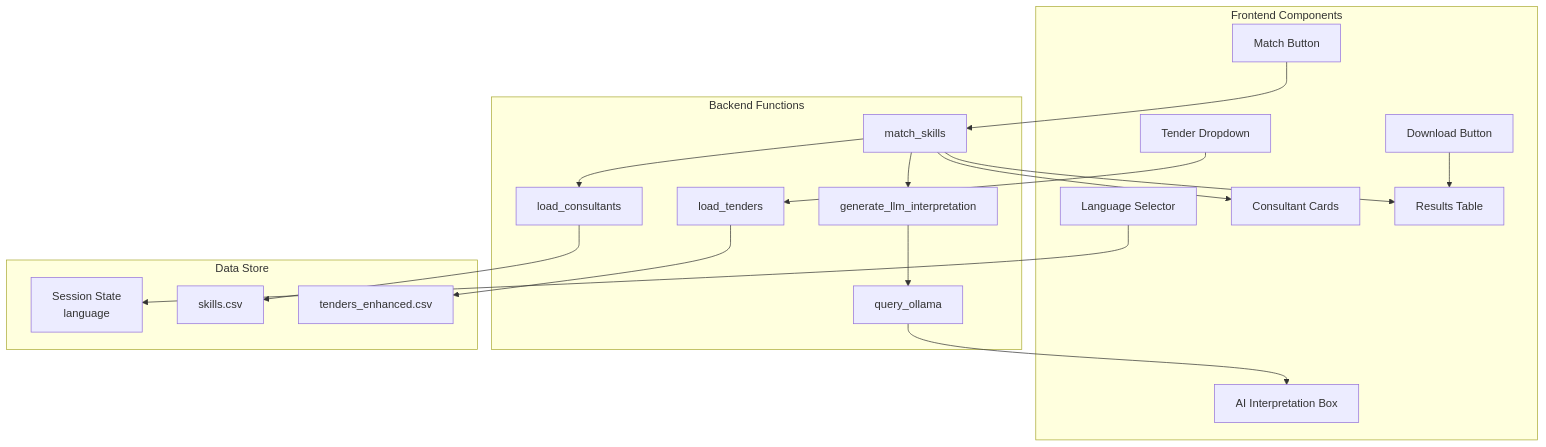
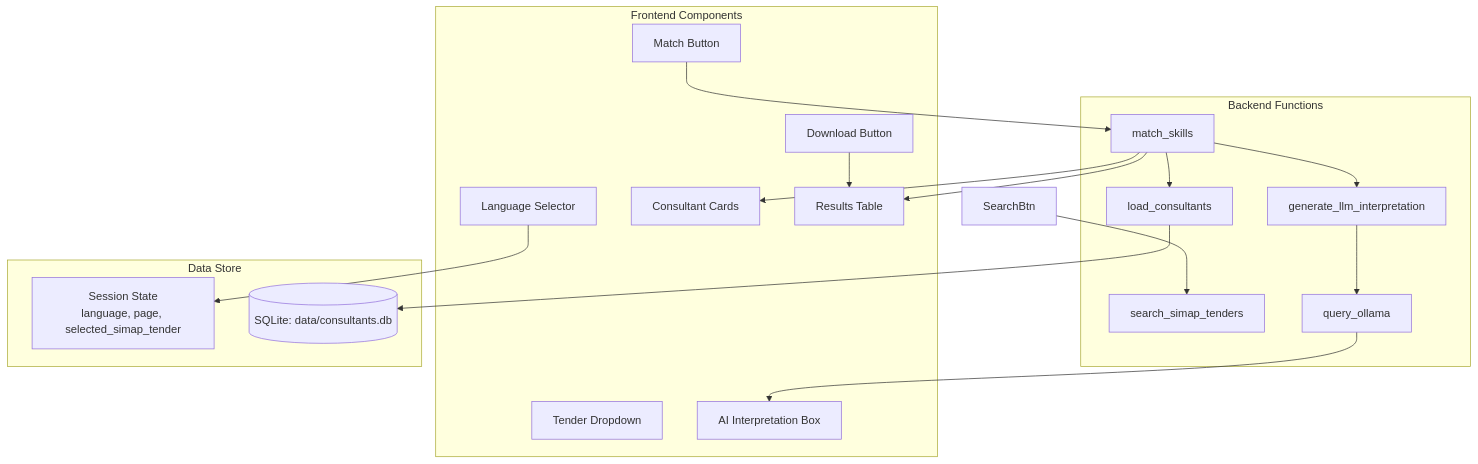
One commit to aicoreml/Skill-Matrix-Match-Simap-Tenders changed the seventh of 10 diagrams in FLOWCHART.md. Above: the diagram before and after it, drawn with Mermaid. The commit also changed other lines of this file and 3 other files, not shown here.

````diff
--- a/FLOWCHART.md
+++ b/FLOWCHART.md
@@ -255,39 +255,37 @@
 ```mermaid
 graph TB
     subgraph "Frontend Components"
         UI[Language Selector]
         DD[Tender Dropdown]
         MB[Match Button]
         CC[Consultant Cards]
         RT[Results Table]
         AI[AI Interpretation Box]
         DB[Download Button]
     end
     
     subgraph "Backend Functions"
         LC[load_consultants]
-        LT[load_tenders]
+        SF[search_simap_tenders]
         MS[match_skills]
         GLM[generate_llm_interpretation]
         QO[query_ollama]
     end
     
     subgraph "Data Store"
-        SC[Session State<br/>language]
-        CSV1[skills.csv]
-        CSV2[tenders_enhanced.csv]
+        SC[Session State<br/>language, page, selected_simap_tender]
+        DB1[(SQLite: data/consultants.db)]
     end
     
     UI --> SC
-    DD --> LT
-    LT --> CSV2
+    SearchBtn --> SF
     MB --> MS
     MS --> LC
-    LC --> CSV1
+    LC --> DB1
     MS --> CC
     MS --> RT
     MS --> GLM
     GLM --> QO
     QO --> AI
     DB --> RT
 ```
````
